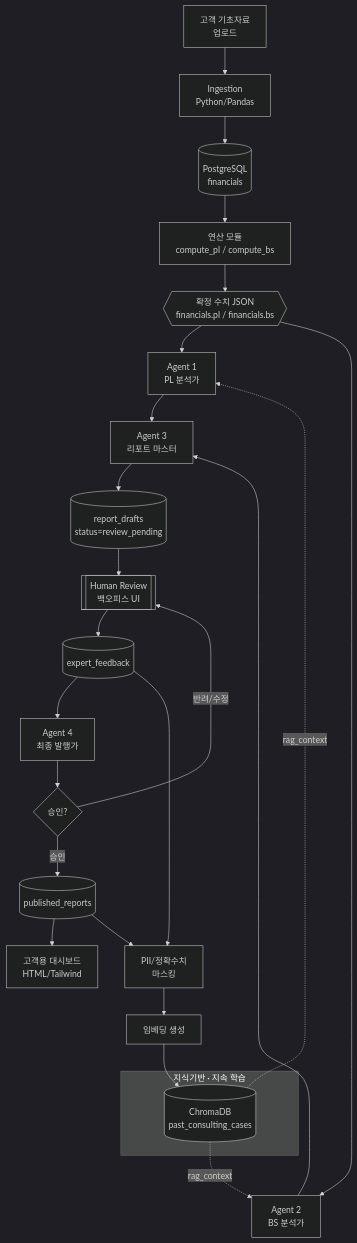
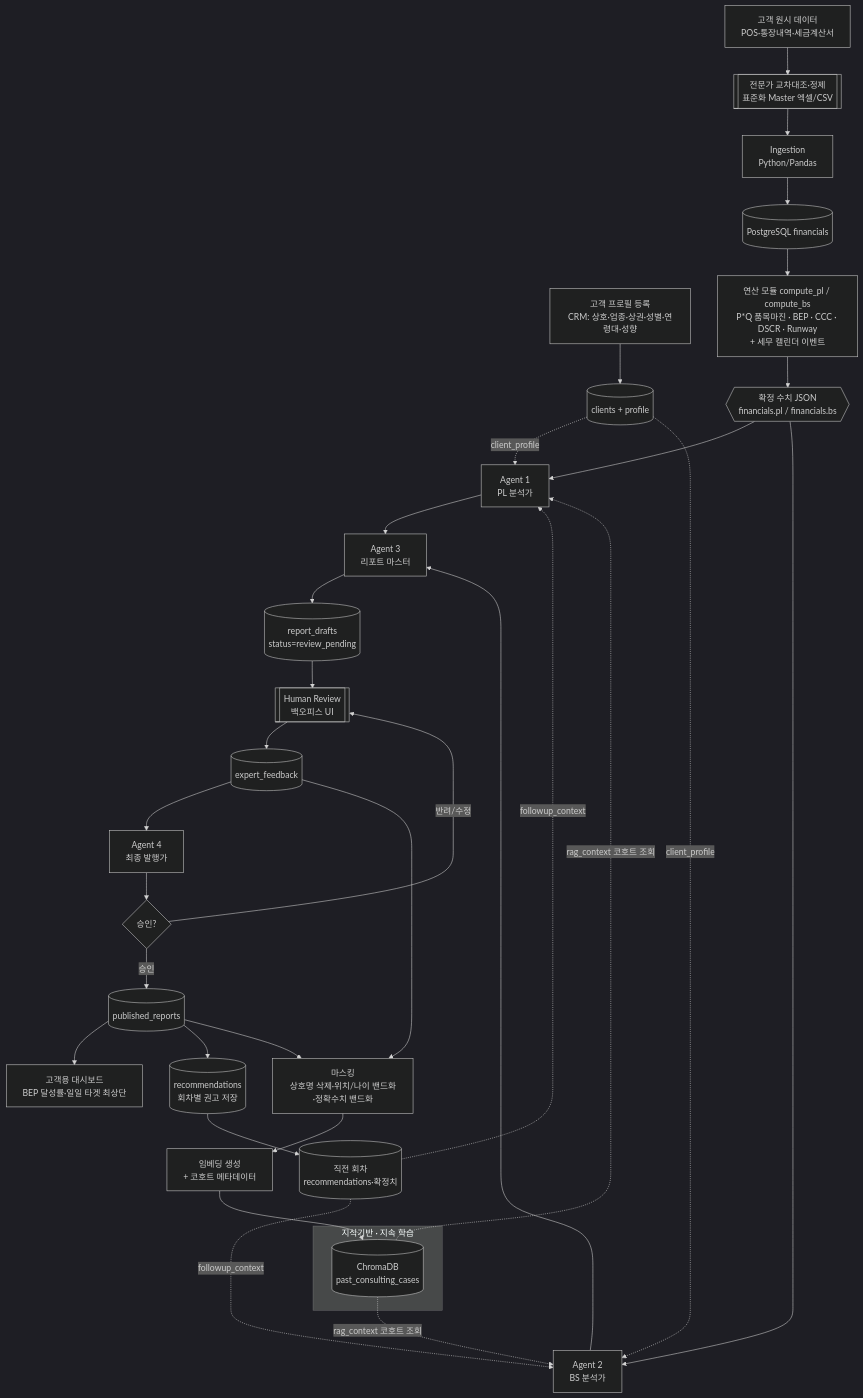
The diagram in SPEC.md (a-scene-tence/consult), drawn with Mermaid (dark theme) before and after one commit. The commit also changed other lines of this file and 3 other files, not shown here.

First line of the commit message:
docs: overhaul planning docs — micro P*Q, BEP, cash-flow, follow-up, CRM cohorts

````diff
--- a/SPEC.md
+++ b/SPEC.md
@@ -27,35 +37,44 @@
 ```mermaid
 flowchart TD
-    A[고객 기초자료<br/>업로드] --> B[Ingestion<br/>Python/Pandas]
-    B --> C[(PostgreSQL<br/>financials)]
-    C --> D[연산 모듈<br/>compute_pl / compute_bs]
+    CRM[고객 프로필 등록<br/>CRM: 상호·업종·상권·성별·연령대·성향] --> C0[(clients + profile)]
+    RAW[고객 원시 데이터<br/>POS·통장내역·세금계산서] --> XP[[전문가 교차대조·정제<br/>표준화 Master 엑셀/CSV]]
+    XP --> B[Ingestion<br/>Python/Pandas]
+    B --> C[(PostgreSQL financials)]
+    C --> D["연산 모듈 compute_pl / compute_bs<br/>P*Q 품목마진 · BEP · CCC · DSCR · Runway<br/>+ 세무 캘린더 이벤트"]
     D --> E{{확정 수치 JSON<br/>financials.pl / financials.bs}}
+
+    C0 -.client_profile.-> F
+    C0 -.client_profile.-> G
+    PREV[(직전 회차<br/>recommendations·확정치)] -.followup_context.-> F
+    PREV -.followup_context.-> G
 
     E --> F[Agent 1<br/>PL 분석가]
     E --> G[Agent 2<br/>BS 분석가]
     F --> H[Agent 3<br/>리포트 마스터]
     G --> H
     H --> I[(report_drafts<br/>status=review_pending)]
 
     I --> J[[Human Review<br/>백오피스 UI]]
     J --> K[(expert_feedback)]
     K --> L[Agent 4<br/>최종 발행가]
     L --> M{승인?}
     M -- 반려/수정 --> J
     M -- 승인 --> N[(published_reports)]
-    N --> O[고객용 대시보드<br/>HTML/Tailwind]
+    N --> O[고객용 대시보드<br/>BEP 달성률·일일 타겟 최상단]
+    N --> REC[(recommendations<br/>회차별 권고 저장)]
+    REC --> PREV
 
-    %% 역방향 피드백(지속 학습) 파이프라인 — 발행 후 비동기
-    N --> MASK[PII/정확수치<br/>마스킹]
+    %% 역방향 피드백(지속 학습) — 발행 후 비동기
+    N --> MASK[마스킹<br/>상호명 삭제·위치/나이 밴드화·정확수치 밴드화]
     K --> MASK
-    MASK --> EMB[임베딩 생성]
+    MASK --> EMB[임베딩 생성<br/>+ 코호트 메타데이터]
     EMB --> R
 
     subgraph KB[지식기반 · 지속 학습]
       R[(ChromaDB<br/>past_consulting_cases)]
     end
 
-    %% 정방향 조회 — Agent 1·2 분석 시작 시 rag_context 주입
-    R -.rag_context.-> F
-    R -.rag_context.-> G
+    %% 정방향 조회 — 코호트 필터링
+    R -.rag_context 코호트 조회.-> F
+    R -.rag_context 코호트 조회.-> G
 ```
````
